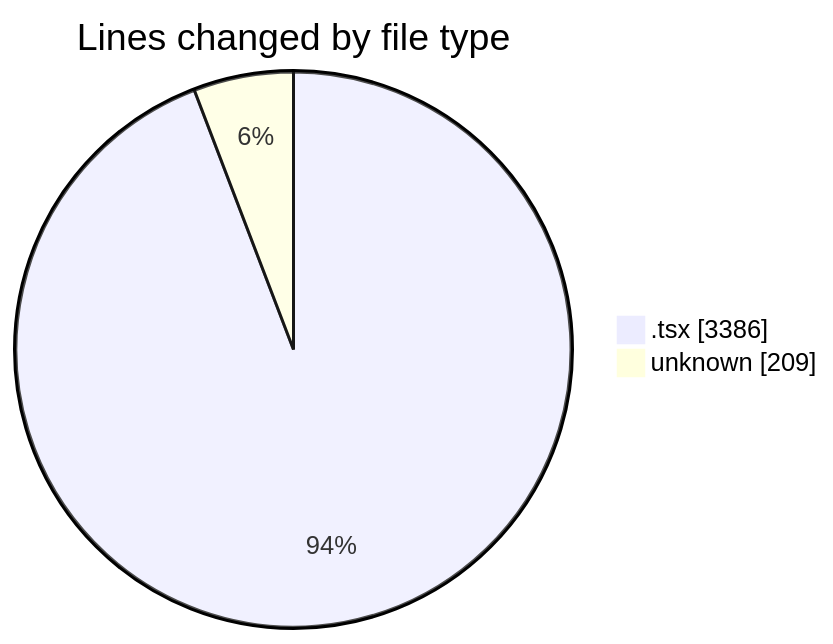
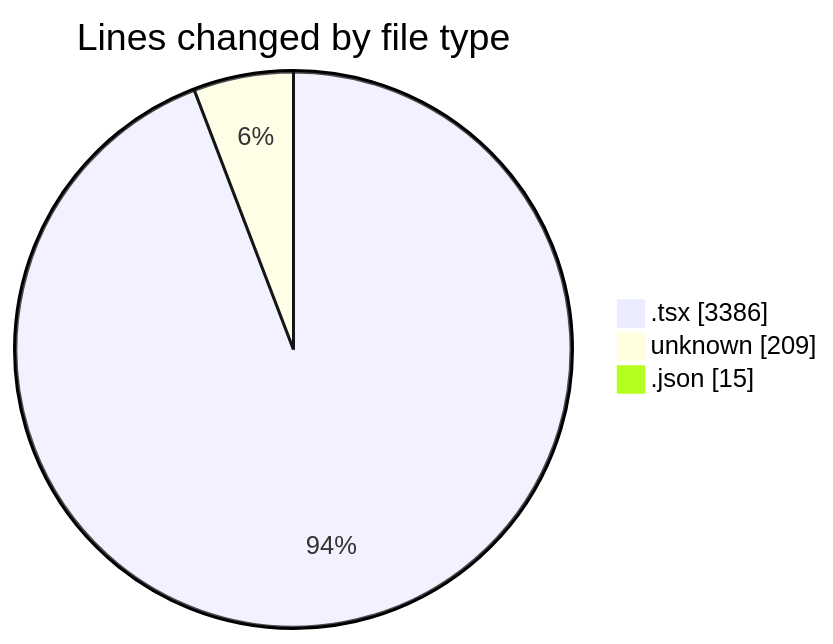
One commit to JenPaints/code-tracking changed the first of 2 diagrams in 2025-06-20/archive/README.md. Above: the diagram before and after it, drawn with Mermaid. The commit also changed other lines of this file and 1 other file, not shown here.

````diff
--- a/2025-06-20/archive/README.md
+++ b/2025-06-20/archive/README.md
@@ -30,6 +31,7 @@
 ```mermaid
 pie showData
 title Lines changed by file type
 ".tsx" : 3386
 "unknown" : 209
+".json" : 15
 ```
````
